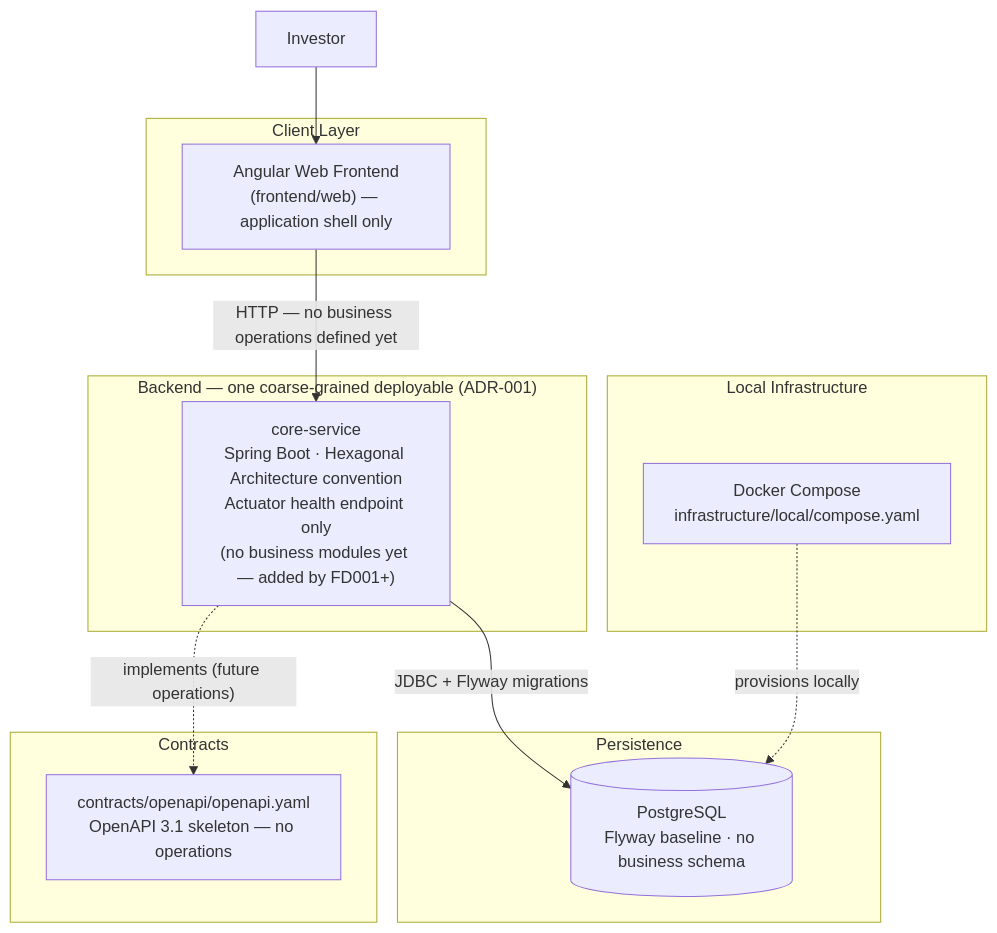
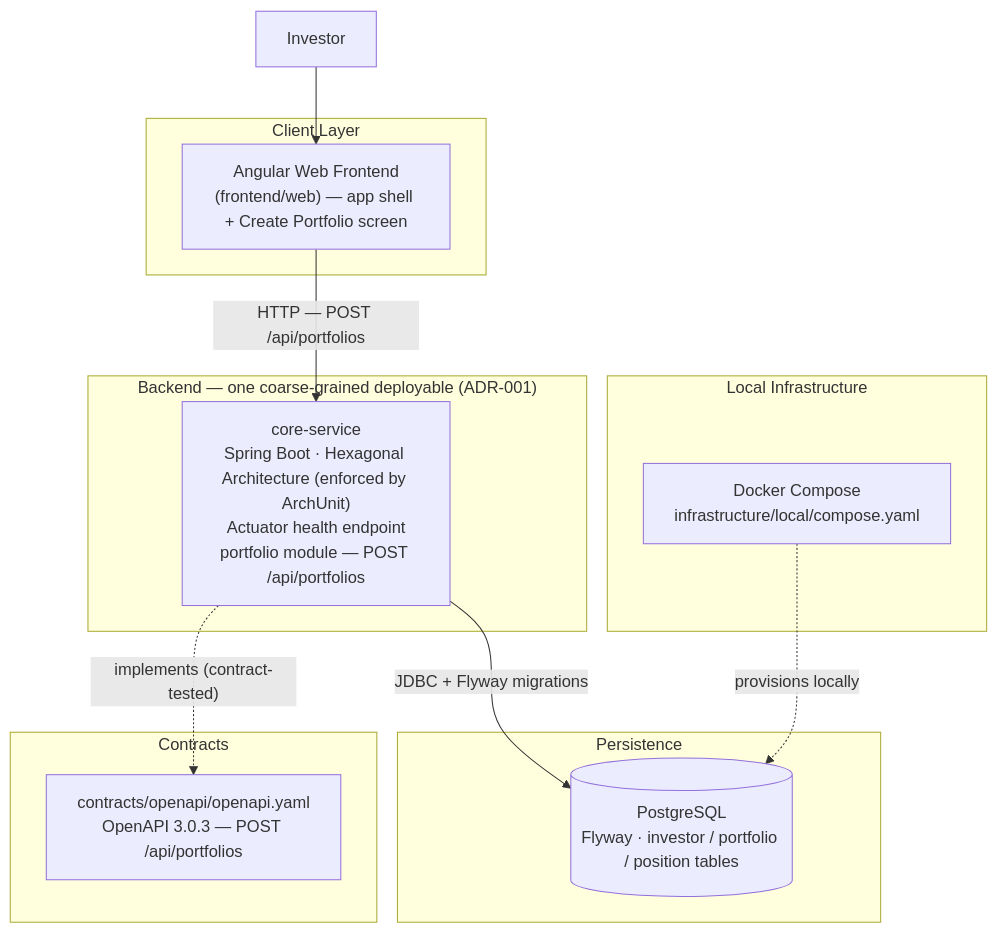
The first of 2 diagrams in product/architecture/diagrams/containers.md (jaruizes/My-FinAI-Manager), drawn with Mermaid before and after one commit. The commit also changed other lines of this file and 282 other files, not shown here.

````diff
--- a/product/architecture/diagrams/containers.md
+++ b/product/architecture/diagrams/containers.md
@@ -21,37 +21,37 @@
 ```mermaid
 flowchart TB
     Investor["Investor"]
 
     subgraph Client["Client Layer"]
         Web["Angular Web Frontend
-(frontend/web) — application shell only"]
+(frontend/web) — app shell + Create Portfolio screen"]
     end
 
     subgraph Backend["Backend — one coarse-grained deployable (ADR-001)"]
         Core["core-service
-Spring Boot · Hexagonal Architecture convention
-Actuator health endpoint only
-(no business modules yet — added by FD001+)"]
+Spring Boot · Hexagonal Architecture (enforced by ArchUnit)
+Actuator health endpoint
+portfolio module — POST /api/portfolios"]
     end
 
     subgraph Data["Persistence"]
         Postgres[("PostgreSQL
-Flyway baseline · no business schema")]
+Flyway · investor / portfolio / position tables")]
     end
 
     subgraph Infra["Local Infrastructure"]
         Compose["Docker Compose
 infrastructure/local/compose.yaml"]
     end
 
     subgraph Contracts["Contracts"]
         OpenAPI["contracts/openapi/openapi.yaml
-OpenAPI 3.1 skeleton — no operations"]
+OpenAPI 3.0.3 — POST /api/portfolios"]
     end
 
     Investor --> Web
-    Web -->|"HTTP — no business operations defined yet"| Core
+    Web -->|"HTTP — POST /api/portfolios"| Core
     Core -->|"JDBC + Flyway migrations"| Postgres
     Compose -.->|"provisions locally"| Postgres
-    Core -.->|"implements (future operations)"| OpenAPI
+    Core -.->|"implements (contract-tested)"| OpenAPI
 ```
````
